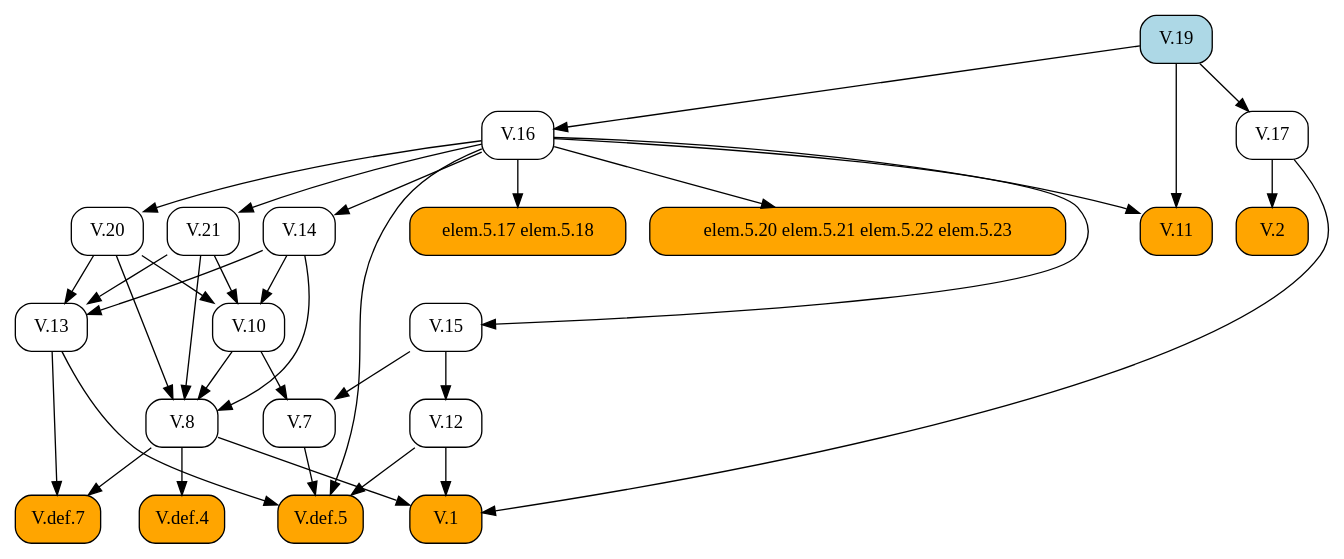
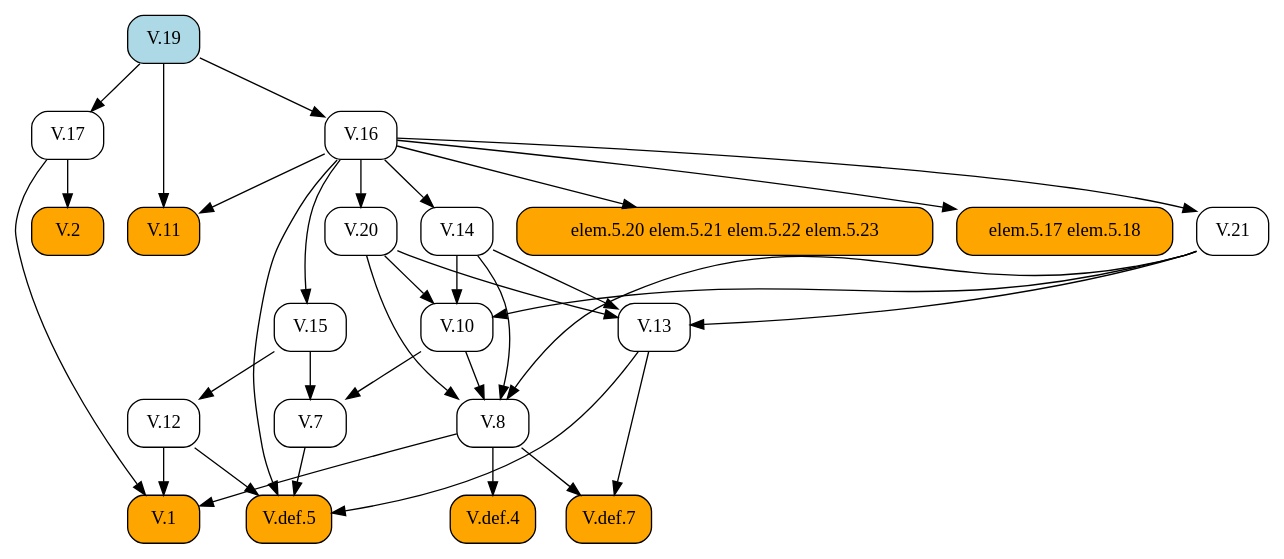
One commit to geometor/elements changed the diagram in docsrc/heath/V/19/index.rst. Above: the diagram before and after it, drawn with Graphviz. The commit also changed other lines of this file and 1029 other files, not shown here.

```diff
--- a/docsrc/heath/V/19/index.rst
+++ b/docsrc/heath/V/19/index.rst
@@ -52,60 +52,60 @@
 .. graphviz::
 
    digraph {
      rankdir="TB";
      node [shape=box, style=rounded];
+     "V.8" [URL="/heath/V/8/", target="_top"];
+     "V.19" [style="rounded,filled", fillcolor=lightblue, URL="/heath/V/19/", target="_top"];
+     "V.14" [URL="/heath/V/14/", target="_top"];
+     "V.def.5" [style="rounded,filled", fillcolor=orange, URL="/heath/V/def.5/", target="_top"];
+     "V.12" [URL="/heath/V/12/", target="_top"];
+     "V.17" [URL="/heath/V/17/", target="_top"];
+     "V.10" [URL="/heath/V/10/", target="_top"];
+     "V.13" [URL="/heath/V/13/", target="_top"];
+     "V.20" [URL="/heath/V/20/", target="_top"];
+     "V.11" [style="rounded,filled", fillcolor=orange, URL="/heath/V/11/", target="_top"];
      "V.1" [style="rounded,filled", fillcolor=orange, URL="/heath/V/1/", target="_top"];
-     "V.10" [URL="/heath/V/10/", target="_top"];
+     "elem.5.20 elem.5.21 elem.5.22 elem.5.23" [style="rounded,filled", fillcolor=orange];
+     "elem.5.17 elem.5.18" [style="rounded,filled", fillcolor=orange];
+     "V.15" [URL="/heath/V/15/", target="_top"];
+     "V.7" [URL="/heath/V/7/", target="_top"];
+     "V.def.4" [style="rounded,filled", fillcolor=orange, URL="/heath/V/def.4/", target="_top"];
      "V.16" [URL="/heath/V/16/", target="_top"];
-     "V.15" [URL="/heath/V/15/", target="_top"];
-     "V.20" [URL="/heath/V/20/", target="_top"];
      "V.2" [style="rounded,filled", fillcolor=orange, URL="/heath/V/2/", target="_top"];
-     "V.def.4" [style="rounded,filled", fillcolor=orange, URL="/heath/V/def.4/", target="_top"];
+     "V.def.7" [style="rounded,filled", fillcolor=orange, URL="/heath/V/def.7/", target="_top"];
      "V.21" [URL="/heath/V/21/", target="_top"];
-     "V.11" [style="rounded,filled", fillcolor=orange, URL="/heath/V/11/", target="_top"];
-     "V.8" [URL="/heath/V/8/", target="_top"];
-     "V.7" [URL="/heath/V/7/", target="_top"];
-     "V.13" [URL="/heath/V/13/", target="_top"];
-     "elem.5.17 elem.5.18" [style="rounded,filled", fillcolor=orange];
-     "V.17" [URL="/heath/V/17/", target="_top"];
-     "V.19" [style="rounded,filled", fillcolor=lightblue, URL="/heath/V/19/", target="_top"];
-     "V.12" [URL="/heath/V/12/", target="_top"];
-     "V.def.7" [style="rounded,filled", fillcolor=orange, URL="/heath/V/def.7/", target="_top"];
-     "elem.5.20 elem.5.21 elem.5.22 elem.5.23" [style="rounded,filled", fillcolor=orange];
-     "V.def.5" [style="rounded,filled", fillcolor=orange, URL="/heath/V/def.5/", target="_top"];
-     "V.14" [URL="/heath/V/14/", target="_top"];
-     "V.8" -> "V.1";
-     "V.12" -> "V.1";
-     "V.17" -> "V.1";
-     "V.14" -> "V.10";
-     "V.20" -> "V.10";
-     "V.21" -> "V.10";
-     "V.19" -> "V.16";
-     "V.16" -> "V.15";
-     "V.16" -> "V.20";
-     "V.17" -> "V.2";
-     "V.8" -> "V.def.4";
-     "V.16" -> "V.21";
-     "V.16" -> "V.11";
-     "V.19" -> "V.11";
      "V.10" -> "V.8";
      "V.14" -> "V.8";
      "V.20" -> "V.8";
      "V.21" -> "V.8";
-     "V.10" -> "V.7";
-     "V.15" -> "V.7";
-     "V.14" -> "V.13";
-     "V.20" -> "V.13";
-     "V.21" -> "V.13";
-     "V.16" -> "elem.5.17 elem.5.18";
-     "V.19" -> "V.17";
-     "V.15" -> "V.12";
-     "V.8" -> "V.def.7";
-     "V.13" -> "V.def.7";
-     "V.16" -> "elem.5.20 elem.5.21 elem.5.22 elem.5.23";
+     "V.16" -> "V.14";
      "V.7" -> "V.def.5";
      "V.12" -> "V.def.5";
      "V.13" -> "V.def.5";
      "V.16" -> "V.def.5";
-     "V.16" -> "V.14";
+     "V.15" -> "V.12";
+     "V.19" -> "V.17";
+     "V.14" -> "V.10";
+     "V.20" -> "V.10";
+     "V.21" -> "V.10";
+     "V.14" -> "V.13";
+     "V.20" -> "V.13";
+     "V.21" -> "V.13";
+     "V.16" -> "V.20";
+     "V.16" -> "V.11";
+     "V.19" -> "V.11";
+     "V.8" -> "V.1";
+     "V.12" -> "V.1";
+     "V.17" -> "V.1";
+     "V.16" -> "elem.5.20 elem.5.21 elem.5.22 elem.5.23";
+     "V.16" -> "elem.5.17 elem.5.18";
+     "V.16" -> "V.15";
+     "V.10" -> "V.7";
+     "V.15" -> "V.7";
+     "V.8" -> "V.def.4";
+     "V.19" -> "V.16";
+     "V.17" -> "V.2";
+     "V.8" -> "V.def.7";
+     "V.13" -> "V.def.7";
+     "V.16" -> "V.21";
    }
```
